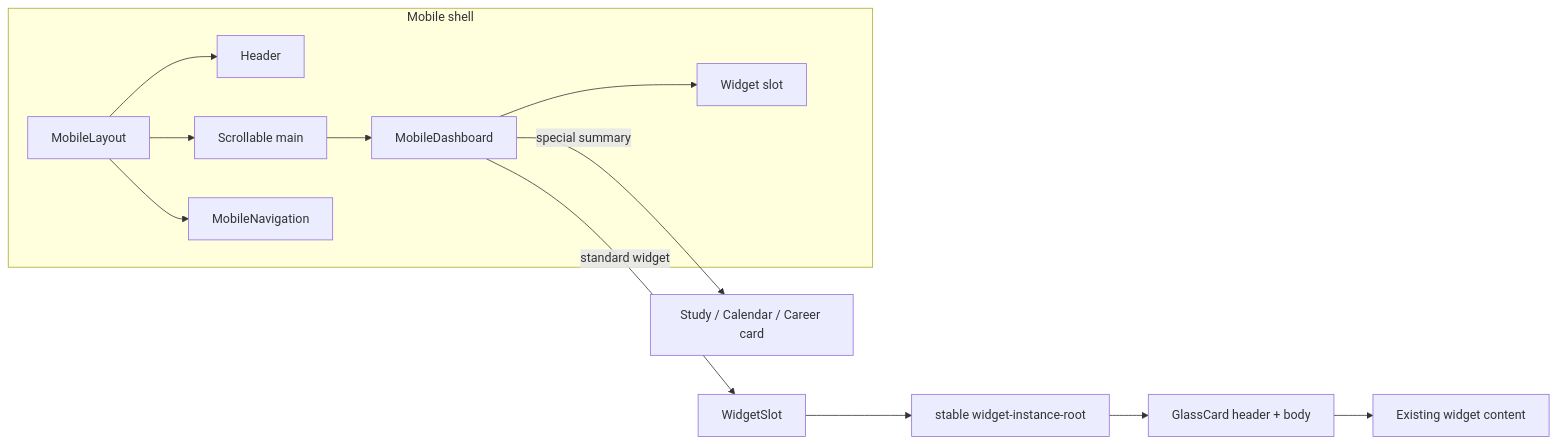
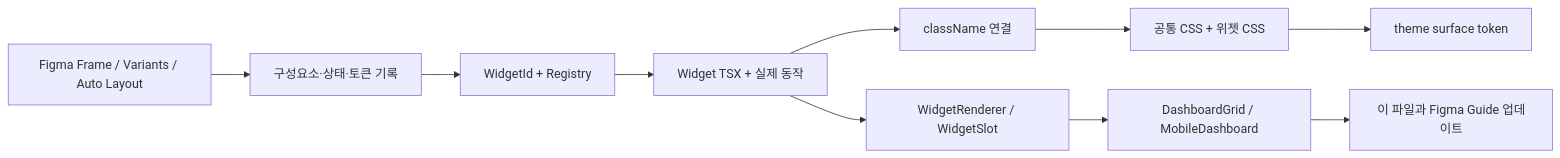
One commit to haileychoii/glassday changed the second of 2 diagrams in docs/mobile-ui-map.md. Above: the diagram before and after it, drawn with Mermaid. The commit also changed other lines of this file and 6 other files, not shown here.

Commit message:
Document UI architecture and Figma implementation paths

````diff
--- a/docs/mobile-ui-map.md
+++ b/docs/mobile-ui-map.md
@@ -28,15 +188,12 @@
 ```mermaid
 flowchart LR
-  subgraph Mobile shell
-    A[MobileLayout] --> B[Header]
-    A --> C[Scrollable main]
-    C --> D[MobileDashboard]
-    D --> E[Widget slot]
-    A --> F[MobileNavigation]
-  end
-  D -->|special summary| G[Study / Calendar / Career card]
-  D -->|standard widget| H[WidgetSlot]
-  H --> I[stable widget-instance-root]
-  I --> J[GlassCard header + body]
-  J --> K[Existing widget content]
+  FIGMA[Figma Frame / Variants / Auto Layout] --> SPEC[구성요소·상태·토큰 기록]
+  SPEC --> ID[WidgetId + Registry]
+  ID --> TSX[Widget TSX + 실제 동작]
+  TSX --> CLASS[className 연결]
+  CLASS --> CSS[공통 CSS + 위젯 CSS]
+  CSS --> THEME[theme surface token]
+  TSX --> SLOT[WidgetRenderer / WidgetSlot]
+  SLOT --> GRID[DashboardGrid / MobileDashboard]
+  GRID --> DOC[이 파일과 Figma Guide 업데이트]
 ```
````
